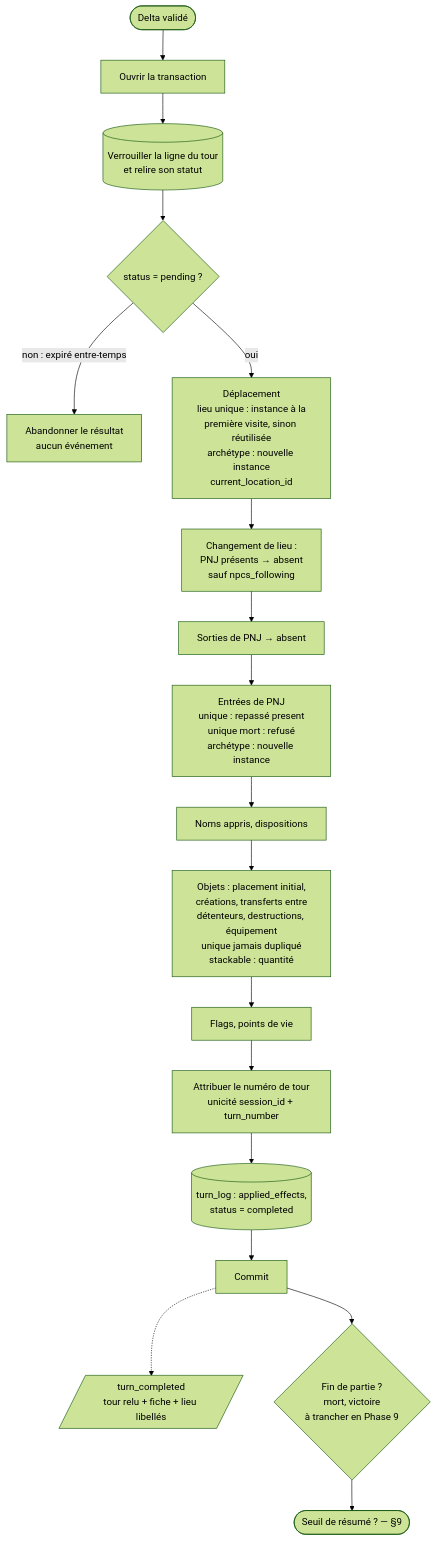
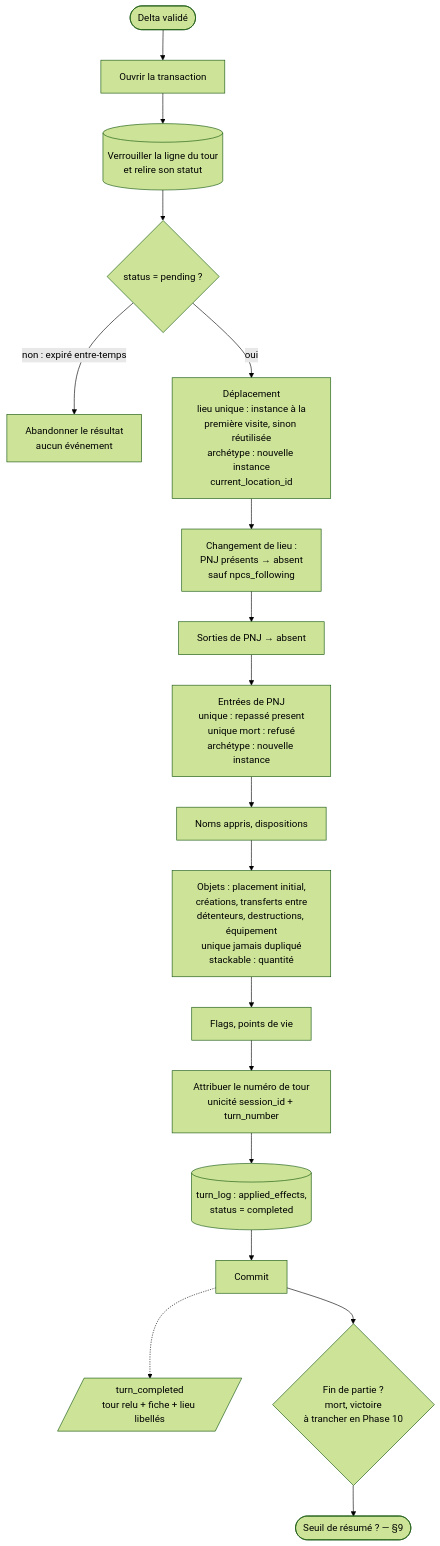
The tenth of 14 diagrams in doc/flux-backend-tour-de-jeu-mj-virtuel.md (cyrilpointet/wanderlore), drawn with Mermaid (forest theme) before and after one commit. The commit also changed other lines of this file and 26 other files, not shown here.

First line of the commit message:
docs(roadmap): add Phase 7, game time and places, and renumber the next phases

````diff
--- a/doc/flux-backend-tour-de-jeu-mj-virtuel.md
+++ b/doc/flux-backend-tour-de-jeu-mj-virtuel.md
@@ -302,20 +302,20 @@
 ```mermaid
 flowchart TD
     A([Delta validé]) --> B[Ouvrir la transaction]
     B --> C[(Verrouiller la ligne du tour<br/>et relire son statut)]
     C --> D{status = pending ?}
     D -->|non : expiré entre-temps| D1[Abandonner le résultat<br/>aucun événement]
     D -->|oui| M[Déplacement<br/>lieu unique : instance à la<br/>première visite, sinon réutilisée<br/>archétype : nouvelle instance<br/>current_location_id]
     M --> N[Changement de lieu :<br/>PNJ présents → absent<br/>sauf npcs_following]
     N --> O[Sorties de PNJ → absent]
     O --> P[Entrées de PNJ<br/>unique : repassé present<br/>unique mort : refusé<br/>archétype : nouvelle instance]
     P --> Q[Noms appris, dispositions]
     Q --> R[Objets : placement initial,<br/>créations, transferts entre<br/>détenteurs, destructions, équipement<br/>unique jamais dupliqué<br/>stackable : quantité]
     R --> S[Flags, points de vie]
     S --> T[Attribuer le numéro de tour<br/>unicité session_id + turn_number]
     T --> U[(turn_log : applied_effects,<br/>status = completed)]
     U --> V[Commit]
     V -.-> W[/turn_completed<br/>tour relu + fiche + lieu libellés/]
-    V --> Z{Fin de partie ?<br/>mort, victoire<br/>à trancher en Phase 9}
+    V --> Z{Fin de partie ?<br/>mort, victoire<br/>à trancher en Phase 10}
     Z --> J([Seuil de résumé ? — §9])
 ```
````
